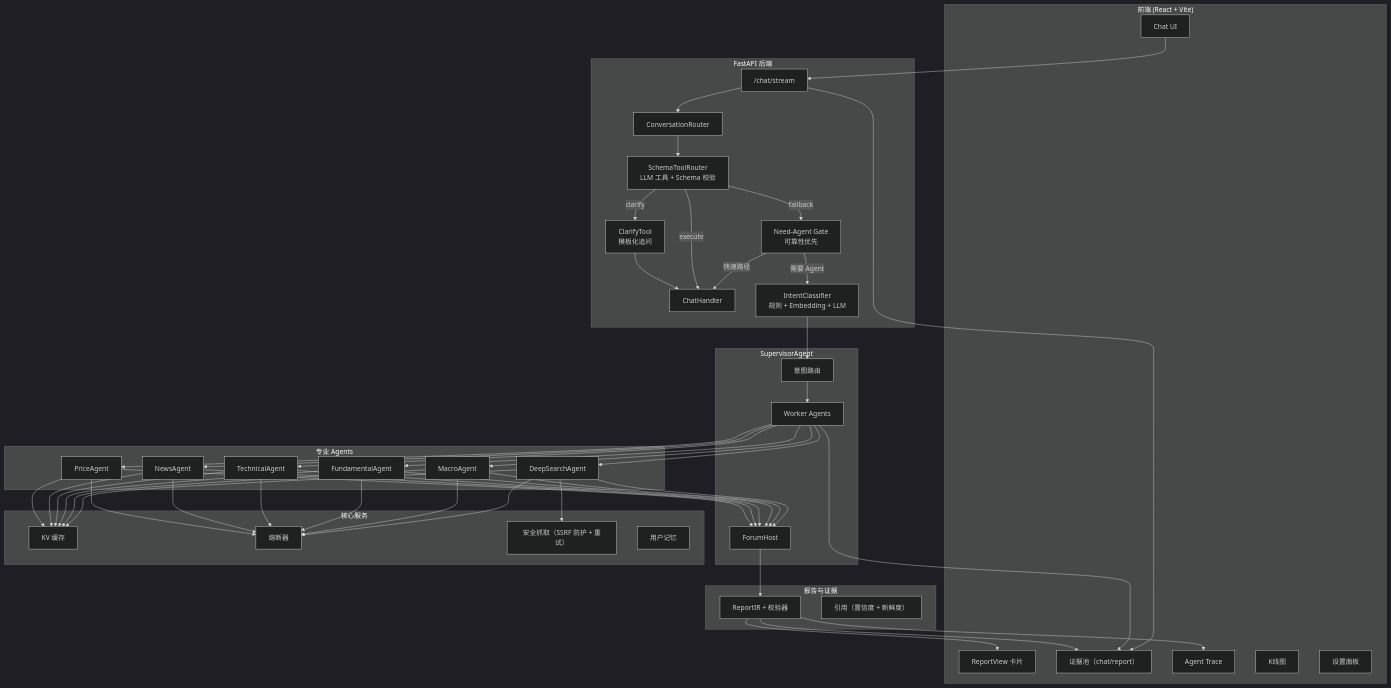
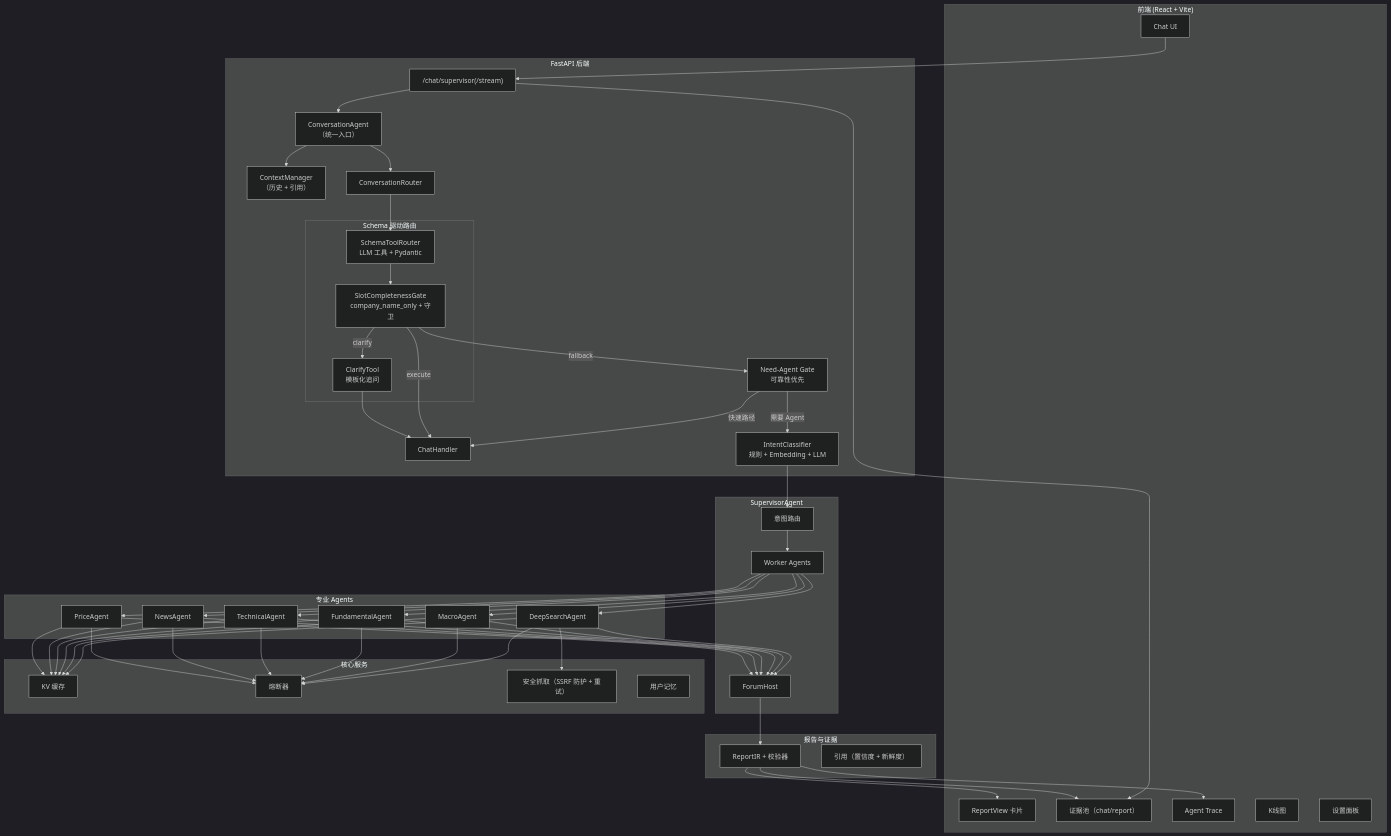
One commit to kkkano/FinSight changed the first of 3 diagrams in readme_cn.md. Above: the diagram before and after it, drawn with Mermaid (dark theme). The commit also changed other lines of this file and 78 other files, not shown here.

````diff
--- a/readme_cn.md
+++ b/readme_cn.md
@@ -114,71 +114,78 @@
 ```mermaid
 flowchart TB
     subgraph Frontend["前端 (React + Vite)"]
         UI[Chat UI]
         ReportView[ReportView 卡片]
         Evidence[证据池（chat/report）]
         Trace[Agent Trace]
         Chart[K线图]
         Settings[设置面板]
     end
 
     subgraph API["FastAPI 后端"]
-        Stream["/chat/stream"]
+        Stream["/chat/supervisor(/stream)"]
+        CA["ConversationAgent<br/>（统一入口）"]
+        CM["ContextManager<br/>（历史 + 引用）"]
         Router["ConversationRouter"]
-        SchemaRouter["SchemaToolRouter<br/>LLM 工具 + Schema 校验"]
-        Clarify["ClarifyTool<br/>模板化追问"]
+        subgraph SchemaLayer["Schema 驱动路由"]
+            SchemaRouter["SchemaToolRouter<br/>LLM 工具 + Pydantic"]
+            SlotGate["SlotCompletenessGate<br/>company_name_only + 守卫"]
+            Clarify["ClarifyTool<br/>模板化追问"]
+        end
         Gate["Need-Agent Gate<br/>可靠性优先"]
         ChatHandler["ChatHandler"]
-        Classifier[IntentClassifier<br/>规则 + Embedding + LLM]
+        Classifier["IntentClassifier<br/>规则 + Embedding + LLM"]
     end
 
     subgraph Supervisor["SupervisorAgent"]
         SupRouter[意图路由]
         Workers[Worker Agents]
         Forum[ForumHost]
     end
 
     subgraph Agents["专业 Agents"]
         PA[PriceAgent]
         NA[NewsAgent]
         TA[TechnicalAgent]
         FA[FundamentalAgent]
         MA[MacroAgent]
         DSA[DeepSearchAgent]
     end
 
     subgraph ReportIR["报告与证据"]
         IR[ReportIR + 校验器]
         Citations[引用（置信度 + 新鲜度）]
     end
 
     subgraph Services["核心服务"]
         Cache[KV 缓存]
         CB[熔断器]
         SafeFetch[安全抓取（SSRF 防护 + 重试）]
         Memory[用户记忆]
     end
 
     UI --> Stream
-    Stream --> Router
+    Stream --> CA
+    CA --> CM
+    CA --> Router
     Router --> SchemaRouter
-    SchemaRouter -->|clarify| Clarify
+    SchemaRouter --> SlotGate
+    SlotGate -->|clarify| Clarify
     Clarify --> ChatHandler
-    SchemaRouter -->|execute| ChatHandler
-    SchemaRouter -->|fallback| Gate
+    SlotGate -->|execute| ChatHandler
+    SlotGate -->|fallback| Gate
     Gate -->|快速路径| ChatHandler
     Gate -->|需要 Agent| Classifier
     Classifier --> SupRouter
     SupRouter --> Workers
     Workers --> PA & NA & TA & FA & MA & DSA
     PA & NA & TA & FA & MA & DSA --> Forum
     Forum --> IR --> ReportView
     IR --> Evidence
-    Workers --> Evidence
     IR --> Trace
     Stream --> Evidence
 
     PA & NA & TA & FA & MA & DSA --> Cache
     PA & NA & TA & FA & MA & DSA --> CB
     DSA --> SafeFetch
 ```
````
